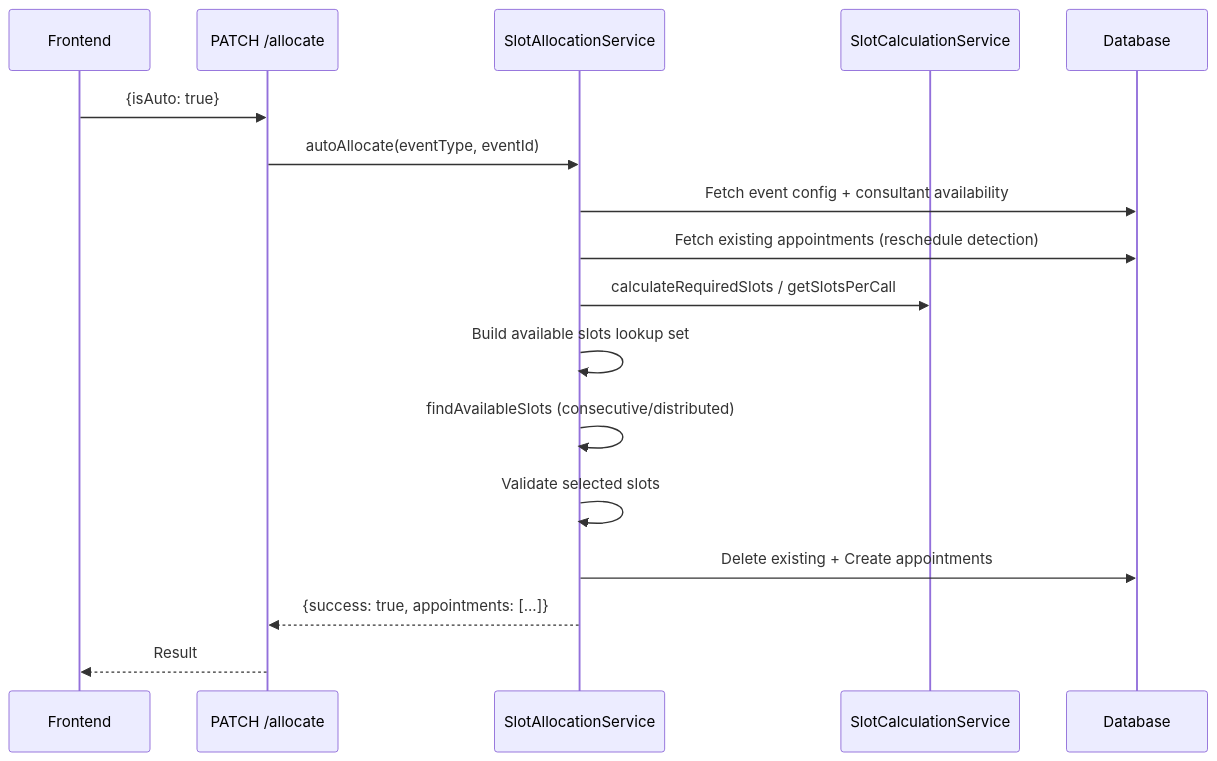
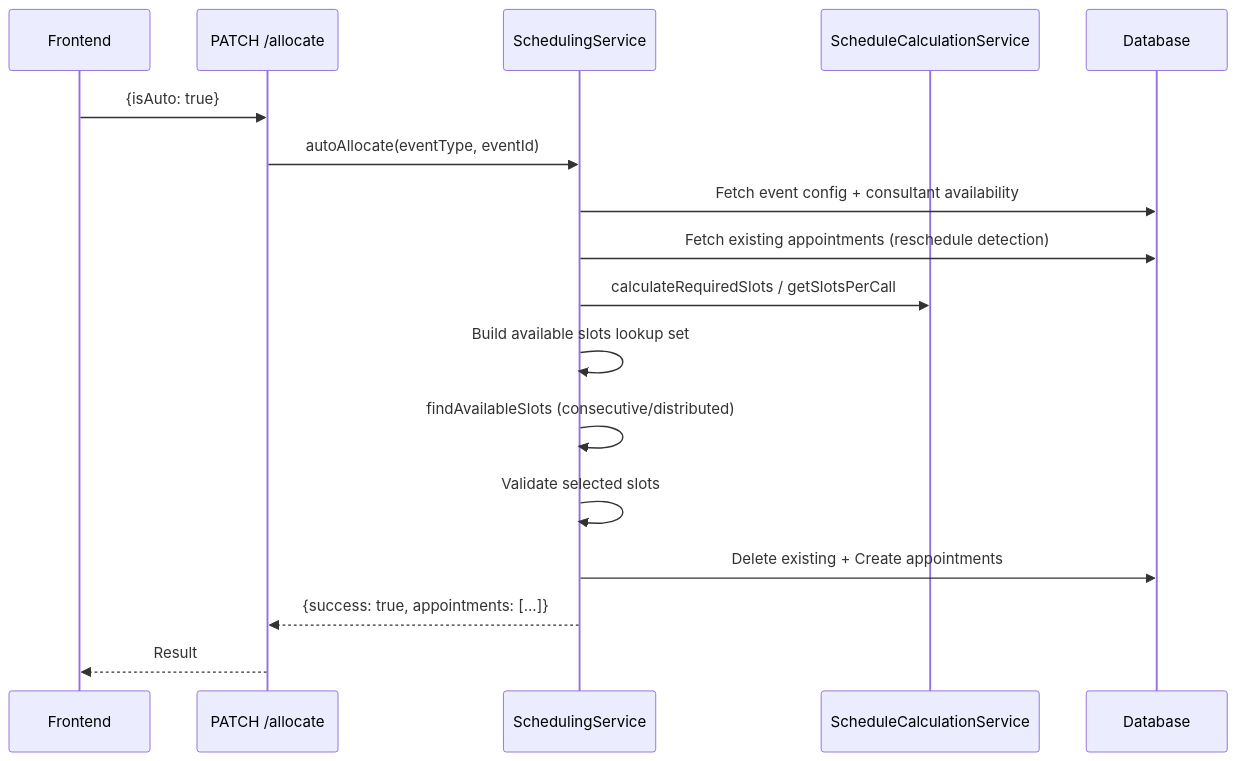
Before and after one commit to Practitionist/familiarise_web: the fifth of 6 diagrams in docs/booking/01-architecture.md, drawn with Mermaid. The commit also changed other lines of this file and 711 other files, not shown here.

First line of the commit message:
feat(scheduling): the vocabulary reset — AvailabilityWindow, AppointmentOccurrence, Meeting, Trial; slot and session retired (#1638)

````diff
--- a/docs/booking/01-architecture.md
+++ b/docs/booking/01-architecture.md
@@ -257,20 +260,20 @@
 ```mermaid
 sequenceDiagram
     participant UI as Frontend
     participant AL as PATCH /allocate
-    participant SA as SlotAllocationService
-    participant SC as SlotCalculationService
+    participant SA as SchedulingService
+    participant SC as ScheduleCalculationService
     participant DB as Database
 
     UI->>AL: {isAuto: true}
     AL->>SA: autoAllocate(eventType, eventId)
     SA->>DB: Fetch event config + consultant availability
     SA->>DB: Fetch existing appointments (reschedule detection)
     SA->>SC: calculateRequiredSlots / getSlotsPerCall
     SA->>SA: Build available slots lookup set
     SA->>SA: findAvailableSlots (consecutive/distributed)
     SA->>SA: Validate selected slots
     SA->>DB: Delete existing + Create appointments
     SA-->>AL: {success: true, appointments: [...]}
     AL-->>UI: Result
 ```
````
